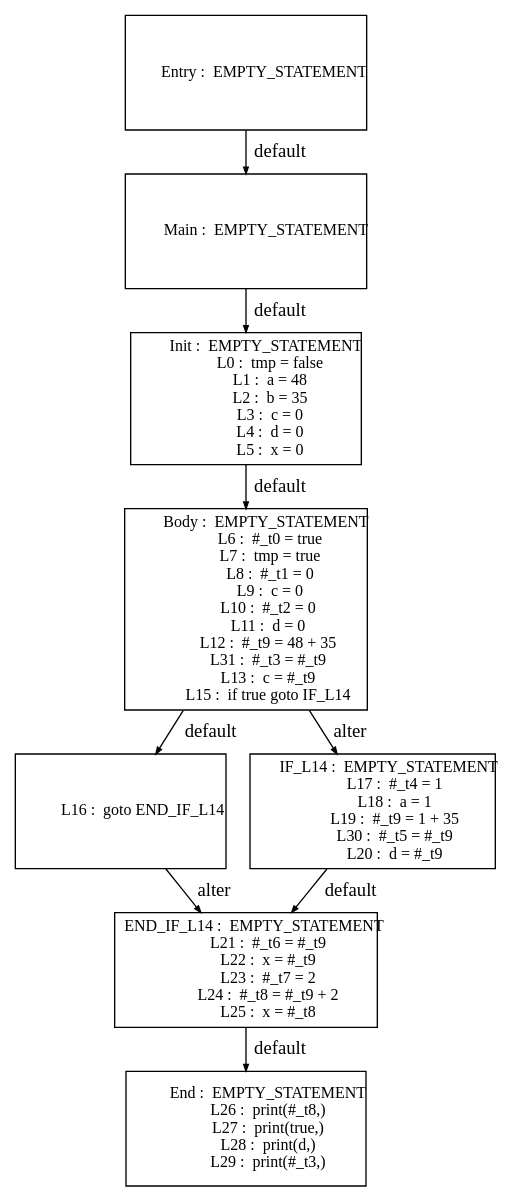
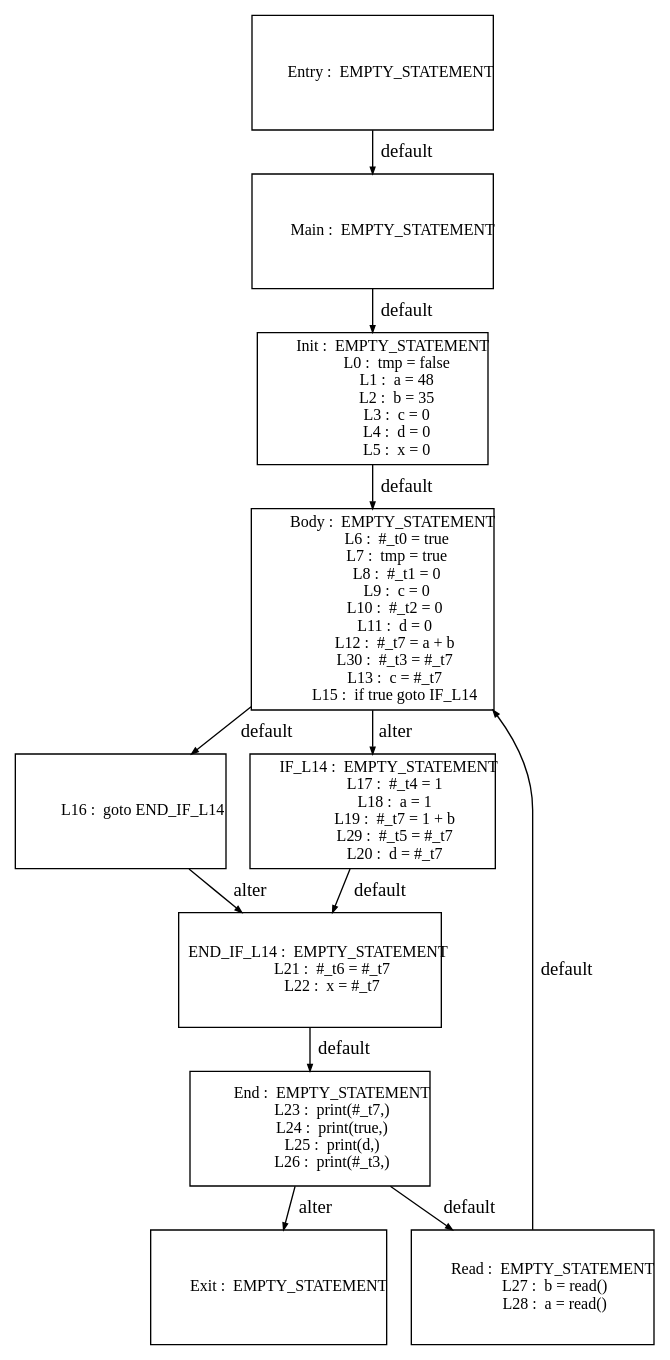
One commit to Geoffrey1014/ST_DSE changed the diagram in tests_programs/dataflow/08_test_output/Graph_CP_0.dot. Above: the diagram before and after it, drawn with Graphviz. The commit also changed 28 other files, not shown here.

```diff
--- a/tests_programs/dataflow/08_test_output/Graph_CP_0.dot
+++ b/tests_programs/dataflow/08_test_output/Graph_CP_0.dot
@@ -1,140 +1,163 @@
 digraph G {
   ranksep=.25;
   edge [arrowsize=.5]
   node [shape=rectangle, fontname="ArialNarrow",
         fontsize=12,  height=1.2];
   "           Main :  EMPTY_STATEMENT
 "; "           Init :  EMPTY_STATEMENT
              L0 :  tmp = false
              L1 :  a = 48
              L2 :  b = 35
              L3 :  c = 0
              L4 :  d = 0
              L5 :  x = 0
 "; "           Body :  EMPTY_STATEMENT
              L6 :  #_t0 = true
              L7 :  tmp = true
              L8 :  #_t1 = 0
              L9 :  c = 0
             L10 :  #_t2 = 0
             L11 :  d = 0
-            L12 :  #_t9 = 48 + 35
-            L31 :  #_t3 = #_t9
-            L13 :  c = #_t9
+            L12 :  #_t7 = a + b
+            L30 :  #_t3 = #_t7
+            L13 :  c = #_t7
             L15 :  if true goto IF_L14
 "; "            L16 :  goto END_IF_L14
 "; "         IF_L14 :  EMPTY_STATEMENT
             L17 :  #_t4 = 1
             L18 :  a = 1
-            L19 :  #_t9 = 1 + 35
-            L30 :  #_t5 = #_t9
-            L20 :  d = #_t9
+            L19 :  #_t7 = 1 + b
+            L29 :  #_t5 = #_t7
+            L20 :  d = #_t7
 "; "     END_IF_L14 :  EMPTY_STATEMENT
-            L21 :  #_t6 = #_t9
-            L22 :  x = #_t9
-            L23 :  #_t7 = 2
-            L24 :  #_t8 = #_t9 + 2
-            L25 :  x = #_t8
+            L21 :  #_t6 = #_t7
+            L22 :  x = #_t7
 "; "          Entry :  EMPTY_STATEMENT
 "; "            End :  EMPTY_STATEMENT
-            L26 :  print(#_t8,)
-            L27 :  print(true,)
-            L28 :  print(d,)
-            L29 :  print(#_t3,)
+            L23 :  print(#_t7,)
+            L24 :  print(true,)
+            L25 :  print(d,)
+            L26 :  print(#_t3,)
+"; "           Exit :  EMPTY_STATEMENT
+"; "           Read :  EMPTY_STATEMENT
+            L27 :  b = read()
+            L28 :  a = read()
 "; 
   "           Main :  EMPTY_STATEMENT
 " -> "           Init :  EMPTY_STATEMENT
              L0 :  tmp = false
              L1 :  a = 48
              L2 :  b = 35
              L3 :  c = 0
              L4 :  d = 0
              L5 :  x = 0
 "  [label="default"];
   "           Init :  EMPTY_STATEMENT
              L0 :  tmp = false
              L1 :  a = 48
              L2 :  b = 35
              L3 :  c = 0
              L4 :  d = 0
              L5 :  x = 0
 " -> "           Body :  EMPTY_STATEMENT
              L6 :  #_t0 = true
              L7 :  tmp = true
              L8 :  #_t1 = 0
              L9 :  c = 0
             L10 :  #_t2 = 0
             L11 :  d = 0
-            L12 :  #_t9 = 48 + 35
-            L31 :  #_t3 = #_t9
-            L13 :  c = #_t9
+            L12 :  #_t7 = a + b
+            L30 :  #_t3 = #_t7
+            L13 :  c = #_t7
             L15 :  if true goto IF_L14
 "  [label="default"];
   "           Body :  EMPTY_STATEMENT
              L6 :  #_t0 = true
              L7 :  tmp = true
              L8 :  #_t1 = 0
              L9 :  c = 0
             L10 :  #_t2 = 0
             L11 :  d = 0
-            L12 :  #_t9 = 48 + 35
-            L31 :  #_t3 = #_t9
-            L13 :  c = #_t9
+            L12 :  #_t7 = a + b
+            L30 :  #_t3 = #_t7
+            L13 :  c = #_t7
             L15 :  if true goto IF_L14
 " -> "            L16 :  goto END_IF_L14
 "  [label="default"];
   "           Body :  EMPTY_STATEMENT
              L6 :  #_t0 = true
              L7 :  tmp = true
              L8 :  #_t1 = 0
              L9 :  c = 0
             L10 :  #_t2 = 0
             L11 :  d = 0
-            L12 :  #_t9 = 48 + 35
-            L31 :  #_t3 = #_t9
-            L13 :  c = #_t9
+            L12 :  #_t7 = a + b
+            L30 :  #_t3 = #_t7
+            L13 :  c = #_t7
             L15 :  if true goto IF_L14
 " -> "         IF_L14 :  EMPTY_STATEMENT
             L17 :  #_t4 = 1
             L18 :  a = 1
-            L19 :  #_t9 = 1 + 35
-            L30 :  #_t5 = #_t9
-            L20 :  d = #_t9
+            L19 :  #_t7 = 1 + b
+            L29 :  #_t5 = #_t7
+            L20 :  d = #_t7
 "  [label="alter"];
   "            L16 :  goto END_IF_L14
 " -> "     END_IF_L14 :  EMPTY_STATEMENT
-            L21 :  #_t6 = #_t9
-            L22 :  x = #_t9
-            L23 :  #_t7 = 2
-            L24 :  #_t8 = #_t9 + 2
-            L25 :  x = #_t8
+            L21 :  #_t6 = #_t7
+            L22 :  x = #_t7
 "  [label="alter"];
   "         IF_L14 :  EMPTY_STATEMENT
             L17 :  #_t4 = 1
             L18 :  a = 1
-            L19 :  #_t9 = 1 + 35
-            L30 :  #_t5 = #_t9
-            L20 :  d = #_t9
+            L19 :  #_t7 = 1 + b
+            L29 :  #_t5 = #_t7
+            L20 :  d = #_t7
 " -> "     END_IF_L14 :  EMPTY_STATEMENT
-            L21 :  #_t6 = #_t9
-            L22 :  x = #_t9
-            L23 :  #_t7 = 2
-            L24 :  #_t8 = #_t9 + 2
-            L25 :  x = #_t8
+            L21 :  #_t6 = #_t7
+            L22 :  x = #_t7
 "  [label="default"];
   "     END_IF_L14 :  EMPTY_STATEMENT
-            L21 :  #_t6 = #_t9
-            L22 :  x = #_t9
-            L23 :  #_t7 = 2
-            L24 :  #_t8 = #_t9 + 2
-            L25 :  x = #_t8
+            L21 :  #_t6 = #_t7
+            L22 :  x = #_t7
 " -> "            End :  EMPTY_STATEMENT
-            L26 :  print(#_t8,)
-            L27 :  print(true,)
-            L28 :  print(d,)
-            L29 :  print(#_t3,)
+            L23 :  print(#_t7,)
+            L24 :  print(true,)
+            L25 :  print(d,)
+            L26 :  print(#_t3,)
 "  [label="default"];
   "          Entry :  EMPTY_STATEMENT
 " -> "           Main :  EMPTY_STATEMENT
 "  [label="default"];
+  "            End :  EMPTY_STATEMENT
+            L23 :  print(#_t7,)
+            L24 :  print(true,)
+            L25 :  print(d,)
+            L26 :  print(#_t3,)
+" -> "           Read :  EMPTY_STATEMENT
+            L27 :  b = read()
+            L28 :  a = read()
+"  [label="default"];
+  "            End :  EMPTY_STATEMENT
+            L23 :  print(#_t7,)
+            L24 :  print(true,)
+            L25 :  print(d,)
+            L26 :  print(#_t3,)
+" -> "           Exit :  EMPTY_STATEMENT
+"  [label="alter"];
+  "           Read :  EMPTY_STATEMENT
+            L27 :  b = read()
+            L28 :  a = read()
+" -> "           Body :  EMPTY_STATEMENT
+             L6 :  #_t0 = true
+             L7 :  tmp = true
+             L8 :  #_t1 = 0
+             L9 :  c = 0
+            L10 :  #_t2 = 0
+            L11 :  d = 0
+            L12 :  #_t7 = a + b
+            L30 :  #_t3 = #_t7
+            L13 :  c = #_t7
+            L15 :  if true goto IF_L14
+"  [label="default"];
 }
```
